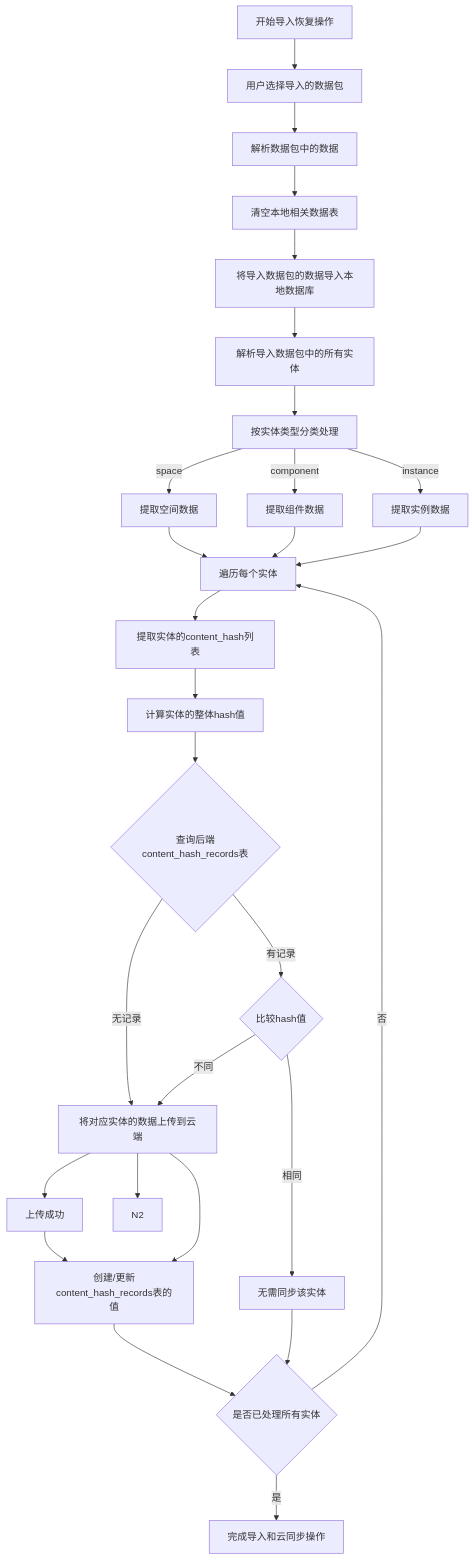
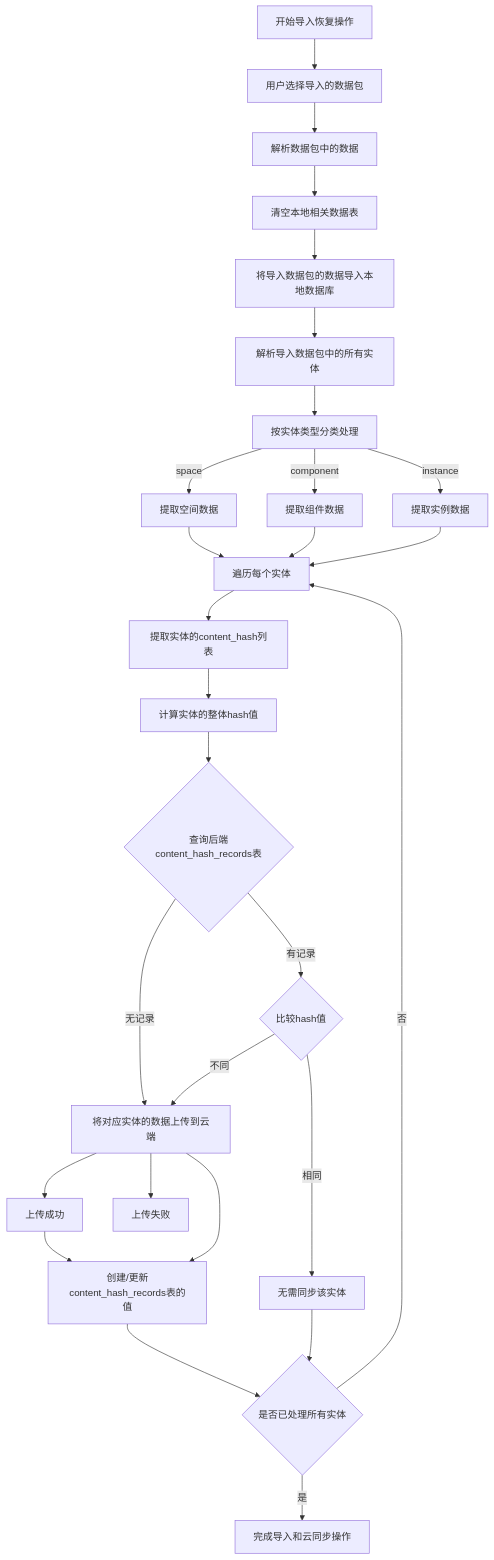
Before and after one commit to yingjianzh/iodraw-files: the diagram in all/未命名-44.md, drawn with Mermaid.

Commit message:
2025-04-27 11:57:52 update

````diff
--- a/all/未命名-44.md
+++ b/all/未命名-44.md
@@ -1,41 +1,41 @@
 ```mermaid
 flowchart TD
     A[开始导入恢复操作] --> B[用户选择导入的数据包]
     B --> C[解析数据包中的数据]
     
     C --> D[清空本地相关数据表]
     D --> E[将导入数据包的数据导入本地数据库]
     
     E --> F[解析导入数据包中的所有实体]
     F --> G[按实体类型分类处理]
     
     G -->|space| H1[提取空间数据]
     G -->|component| H2[提取组件数据]
     G -->|instance| H3[提取实例数据]
     
     H1 --> I[遍历每个实体]
     H2 --> I
     H3 --> I
     
     I --> J[提取实体的content_hash列表]
     J --> K[计算实体的整体hash值]
     
     K --> L{查询后端content_hash_records表}
     L -->|无记录| M1[将对应实体的数据上传到云端]
     M1 --> N1[上传成功]
-    M1 --> N2
+    M1 --> N2[上传失败]
     N1 --> M4
 
     L -->|有记录| M2{比较hash值}
     M2 -->|不同| M1
 
     M2 -->|相同| M3[无需同步该实体]
     
     M1 --> M4[创建/更新content_hash_records表的值]
     
     M3 --> S{是否已处理所有实体}
     M4 --> S{是否已处理所有实体}
     
     S -->|否| I
     S -->|是| T[完成导入和云同步操作]
 ```
````
